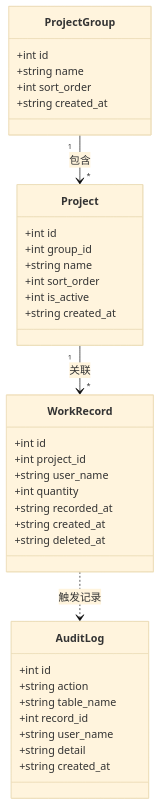
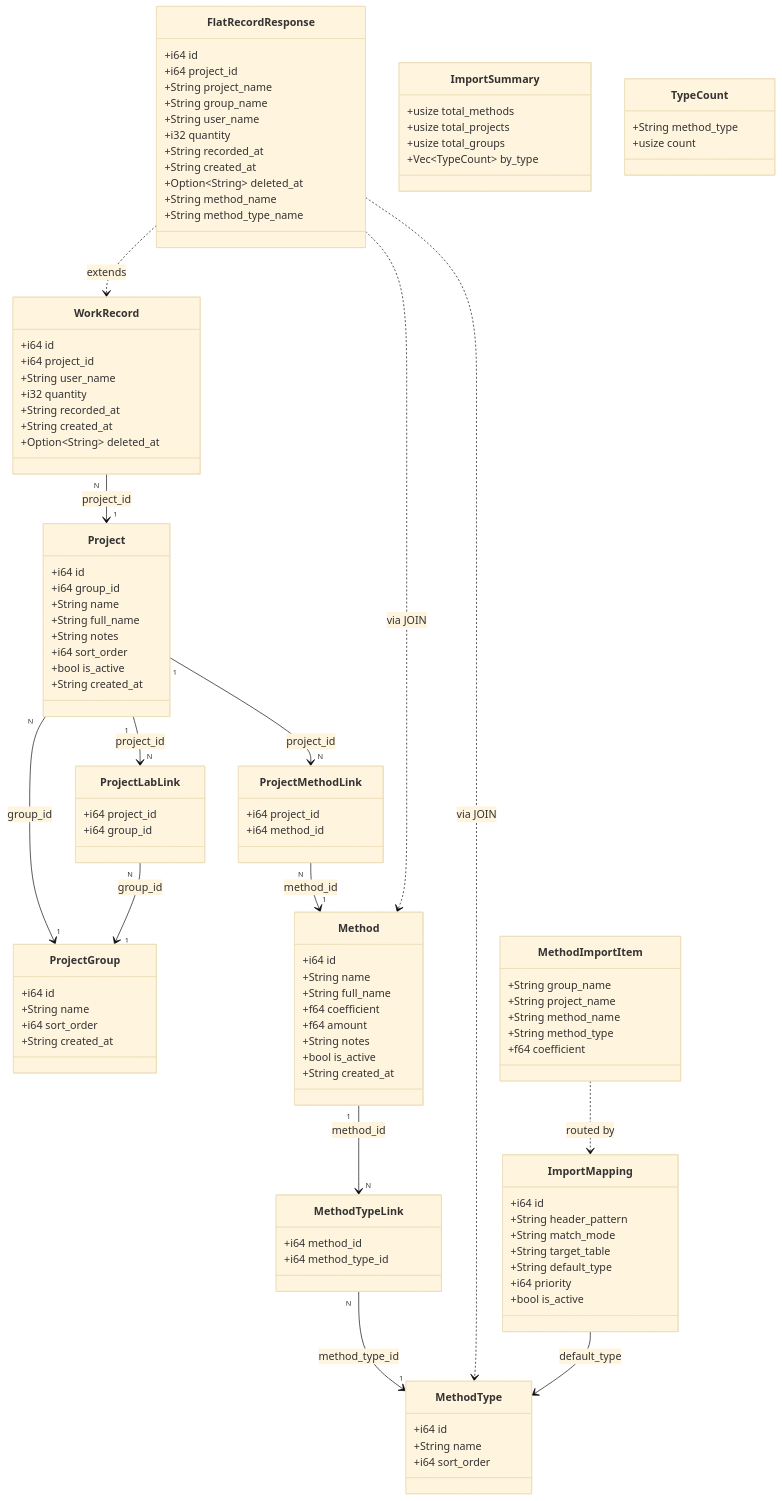
The diagram in docs/class-diagram.mermaid (HotLL233/tj), drawn with Mermaid (base theme) before and after one commit. The commit also changed 2277 other files, not shown here.

```diff
--- a/docs/class-diagram.mermaid
+++ b/docs/class-diagram.mermaid
@@ -1,40 +1,118 @@
 classDiagram
-    class ProjectGroup {
-        +int id
-        +string name
-        +int sort_order
-        +string created_at
+    class WorkRecord {
+        +i64 id
+        +i64 project_id
+        +String user_name
+        +i32 quantity
+        +String recorded_at
+        +String created_at
+        +Option~String~ deleted_at
     }
 
     class Project {
-        +int id
-        +int group_id
-        +string name
-        +int sort_order
-        +int is_active
-        +string created_at
+        +i64 id
+        +i64 group_id
+        +String name
+        +String full_name
+        +String notes
+        +i64 sort_order
+        +bool is_active
+        +String created_at
     }
 
-    class WorkRecord {
-        +int id
-        +int project_id
-        +string user_name
-        +int quantity
-        +string recorded_at
-        +string created_at
-        +string deleted_at
+    class ProjectGroup {
+        +i64 id
+        +String name
+        +i64 sort_order
+        +String created_at
     }
 
-    class AuditLog {
-        +int id
-        +string action
-        +string table_name
-        +int record_id
-        +string user_name
-        +string detail
-        +string created_at
+    class Method {
+        +i64 id
+        +String name
+        +String full_name
+        +f64 coefficient
+        +f64 amount
+        +String notes
+        +bool is_active
+        +String created_at
     }
 
-    ProjectGroup "1" --> "*" Project : 包含
-    Project "1" --> "*" WorkRecord : 关联
-    WorkRecord ..> AuditLog : 触发记录
+    class MethodType {
+        +i64 id
+        +String name
+        +i64 sort_order
+    }
+
+    class ProjectMethodLink {
+        +i64 project_id
+        +i64 method_id
+    }
+
+    class MethodTypeLink {
+        +i64 method_id
+        +i64 method_type_id
+    }
+
+    class ProjectLabLink {
+        +i64 project_id
+        +i64 group_id
+    }
+
+    class FlatRecordResponse {
+        +i64 id
+        +i64 project_id
+        +String project_name
+        +String group_name
+        +String user_name
+        +i32 quantity
+        +String recorded_at
+        +String created_at
+        +Option~String~ deleted_at
+        +String method_name
+        +String method_type_name
+    }
+
+    class ImportMapping {
+        +i64 id
+        +String header_pattern
+        +String match_mode
+        +String target_table
+        +String default_type
+        +i64 priority
+        +bool is_active
+    }
+
+    class MethodImportItem {
+        +String group_name
+        +String project_name
+        +String method_name
+        +String method_type
+        +f64 coefficient
+    }
+
+    class ImportSummary {
+        +usize total_methods
+        +usize total_projects
+        +usize total_groups
+        +Vec~TypeCount~ by_type
+    }
+
+    class TypeCount {
+        +String method_type
+        +usize count
+    }
+
+    WorkRecord "N" --> "1" Project : project_id
+    Project "N" --> "1" ProjectGroup : group_id
+    Project "1" --> "N" ProjectMethodLink : project_id
+    ProjectMethodLink "N" --> "1" Method : method_id
+    Method "1" --> "N" MethodTypeLink : method_id
+    MethodTypeLink "N" --> "1" MethodType : method_type_id
+    Project "1" --> "N" ProjectLabLink : project_id
+    ProjectLabLink "N" --> "1" ProjectGroup : group_id
+    FlatRecordResponse ..> WorkRecord : extends
+    FlatRecordResponse ..> Method : via JOIN
+    FlatRecordResponse ..> MethodType : via JOIN
+    MethodImportItem ..> ImportMapping : routed by
+    ImportMapping --> MethodType : default_type
```
